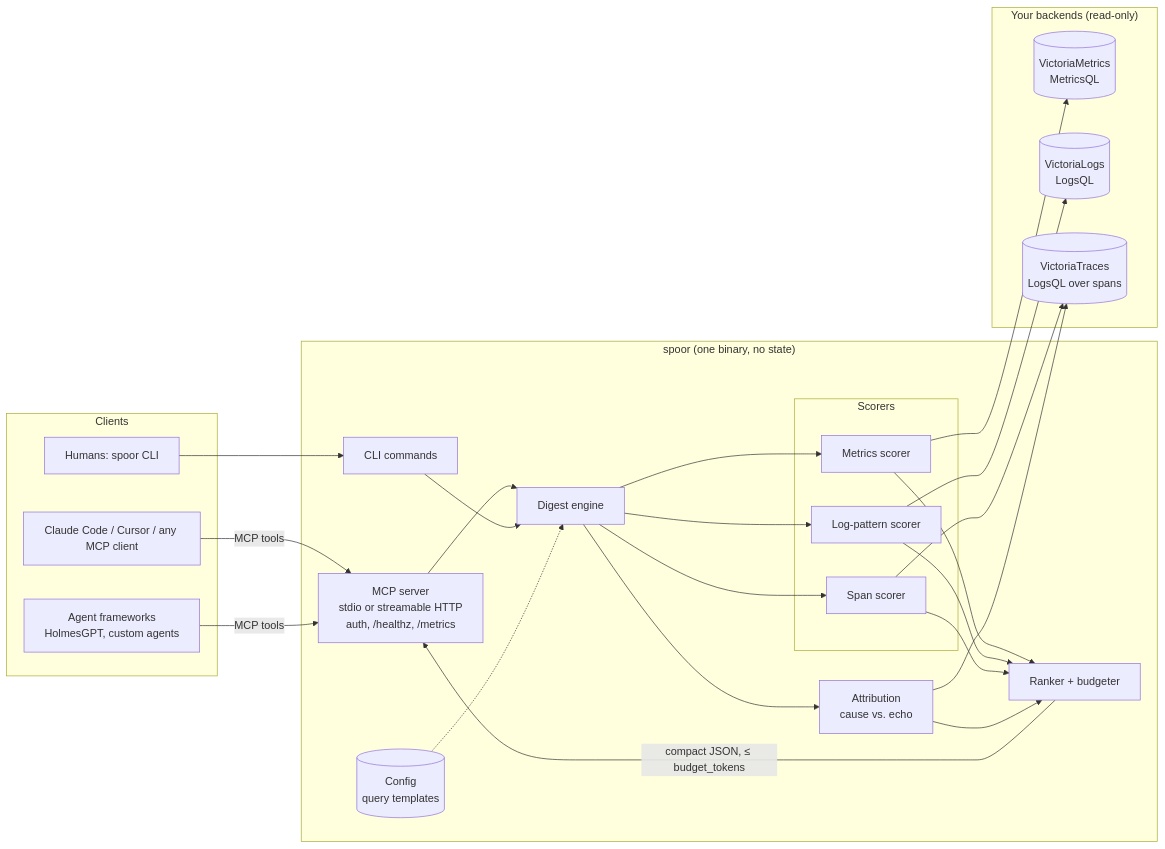
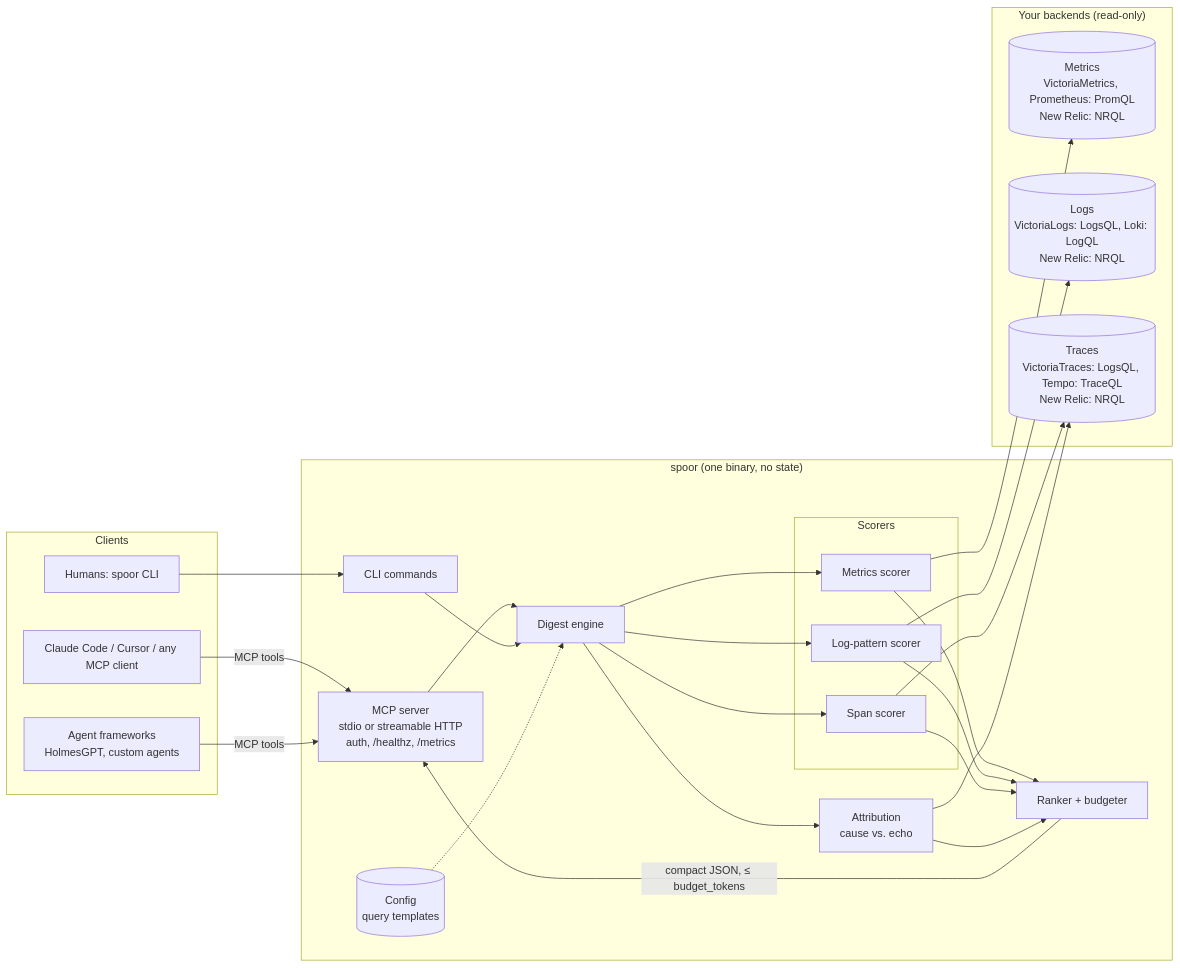
One commit to asinha07/spoor changed the diagram in docs/architecture.md. Above: the diagram before and after it, drawn with Mermaid. The commit also changed other lines of this file and 21 other files, not shown here.

````diff
--- a/docs/architecture.md
+++ b/docs/architecture.md
@@ -6,41 +6,41 @@
 ```mermaid
 flowchart LR
     subgraph Clients
         A1[Claude Code / Cursor / any MCP client]
         A2[Agent frameworks<br/>HolmesGPT, custom agents]
         A3[Humans: spoor CLI]
     end
 
     subgraph Spoor["spoor (one binary, no state)"]
         T[MCP server<br/>stdio or streamable HTTP<br/>auth, /healthz, /metrics]
         CLI[CLI commands]
         E[Digest engine]
         subgraph Scorers
             SM[Metrics scorer]
             SL[Log-pattern scorer]
             ST[Span scorer]
         end
         AT[Attribution<br/>cause vs. echo]
         R[Ranker + budgeter]
         C[(Config<br/>query templates)]
     end
 
     subgraph Backends["Your backends (read-only)"]
-        VM[(VictoriaMetrics<br/>MetricsQL)]
-        VL[(VictoriaLogs<br/>LogsQL)]
-        VT[(VictoriaTraces<br/>LogsQL over spans)]
+        VM[(Metrics<br/>VictoriaMetrics, Prometheus: PromQL<br/>New Relic: NRQL)]
+        VL[(Logs<br/>VictoriaLogs: LogsQL, Loki: LogQL<br/>New Relic: NRQL)]
+        VT[(Traces<br/>VictoriaTraces: LogsQL, Tempo: TraceQL<br/>New Relic: NRQL)]
     end
 
     A1 & A2 -->|MCP tools| T
     A3 --> CLI
     T --> E
     CLI --> E
     C -.-> E
     E --> SM & SL & ST
     SM --> VM
     SL --> VL
     ST --> VT
     E --> AT --> VT
     SM & SL & ST & AT --> R
     R -->|"compact JSON, ≤ budget_tokens"| T
 ```
````
